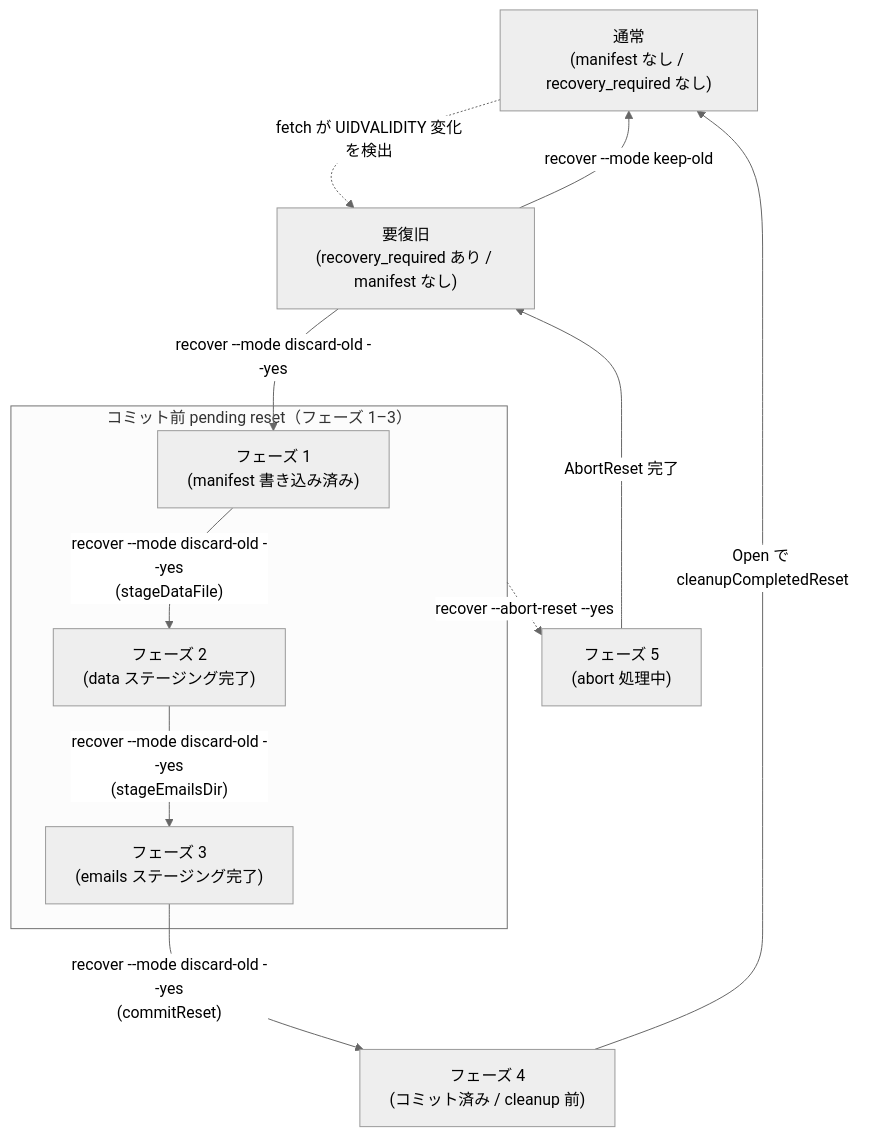
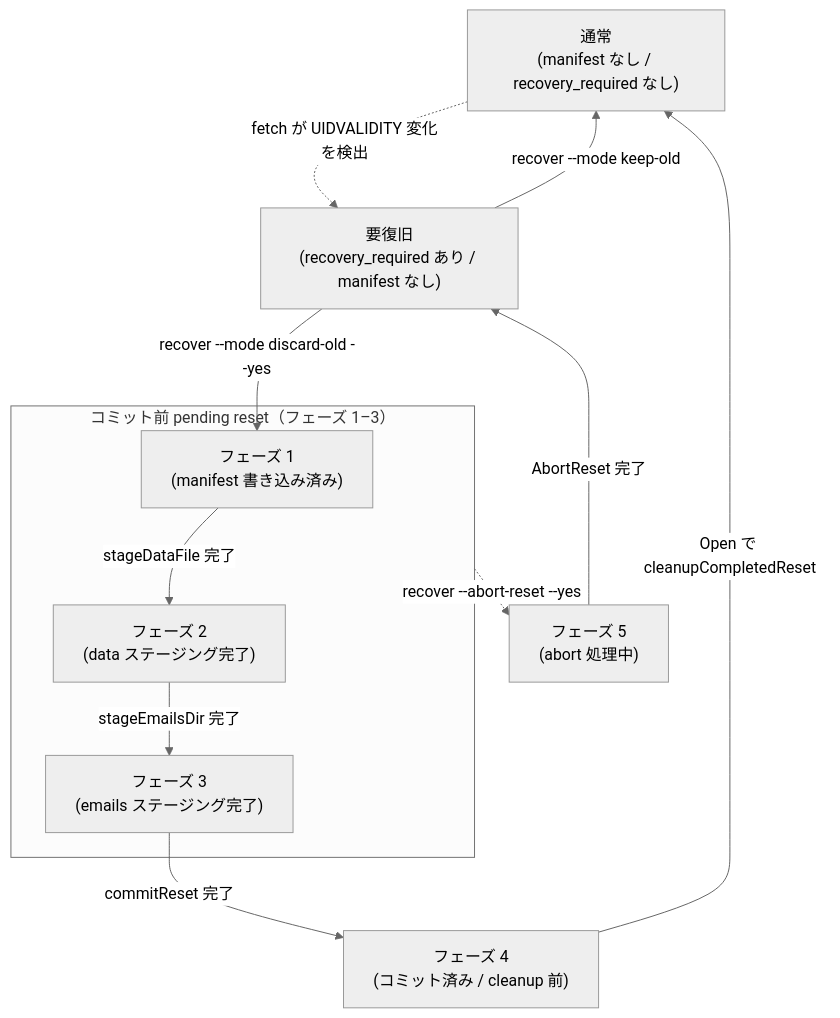
The diagram in docs/dev/adr/0003_reset_phase_design.ja.md (isseis/tlsrpt-digest), drawn with Mermaid (neutral theme) before and after one commit. The commit also changed other lines of this file and 1 other file, not shown here.

Commit message:
docs(adr-0003): restore internal step labels for phase transitions
P1→P2→P3→P4 advance automatically within a single command run.
Revert the transition labels to internal step names (stageDataFile etc.)
and explain crash-resume behavior in a prose note instead.

````diff
--- a/docs/dev/adr/0003_reset_phase_design.ja.md
+++ b/docs/dev/adr/0003_reset_phase_design.ja.md
@@ -62,23 +62,23 @@
 ```mermaid
 flowchart TD
     Normal["通常<br>(manifest なし / recovery_required なし)"]
     RR["要復旧<br>(recovery_required あり / manifest なし)"]
     P4["フェーズ 4<br>(コミット済み / cleanup 前)"]
     P5["フェーズ 5<br>(abort 処理中)"]
 
     subgraph PendingReset["コミット前 pending reset（フェーズ 1–3）"]
         P1["フェーズ 1<br>(manifest 書き込み済み)"]
         P2["フェーズ 2<br>(data ステージング完了)"]
         P3["フェーズ 3<br>(emails ステージング完了)"]
     end
 
     Normal -.->|"fetch が UIDVALIDITY 変化を検出"| RR
     RR -->|"recover --mode keep-old"| Normal
     RR -->|"recover --mode discard-old --yes"| P1
-    P1 -->|"recover --mode discard-old --yes<br>(stageDataFile)"| P2
-    P2 -->|"recover --mode discard-old --yes<br>(stageEmailsDir)"| P3
-    P3 -->|"recover --mode discard-old --yes<br>(commitReset)"| P4
+    P1 -->|"stageDataFile 完了"| P2
+    P2 -->|"stageEmailsDir 完了"| P3
+    P3 -->|"commitReset 完了"| P4
     P4 -->|"Open で cleanupCompletedReset"| Normal
     PendingReset -.->|"recover --abort-reset --yes"| P5
     P5 -->|"AbortReset 完了"| RR
 ```
````
